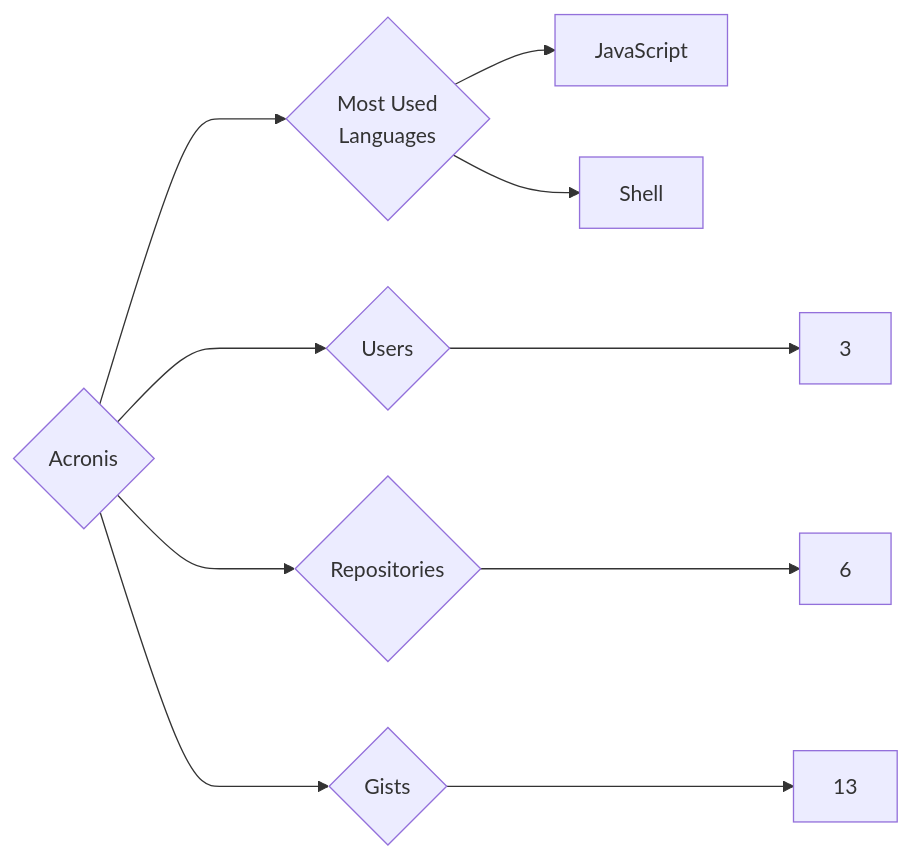
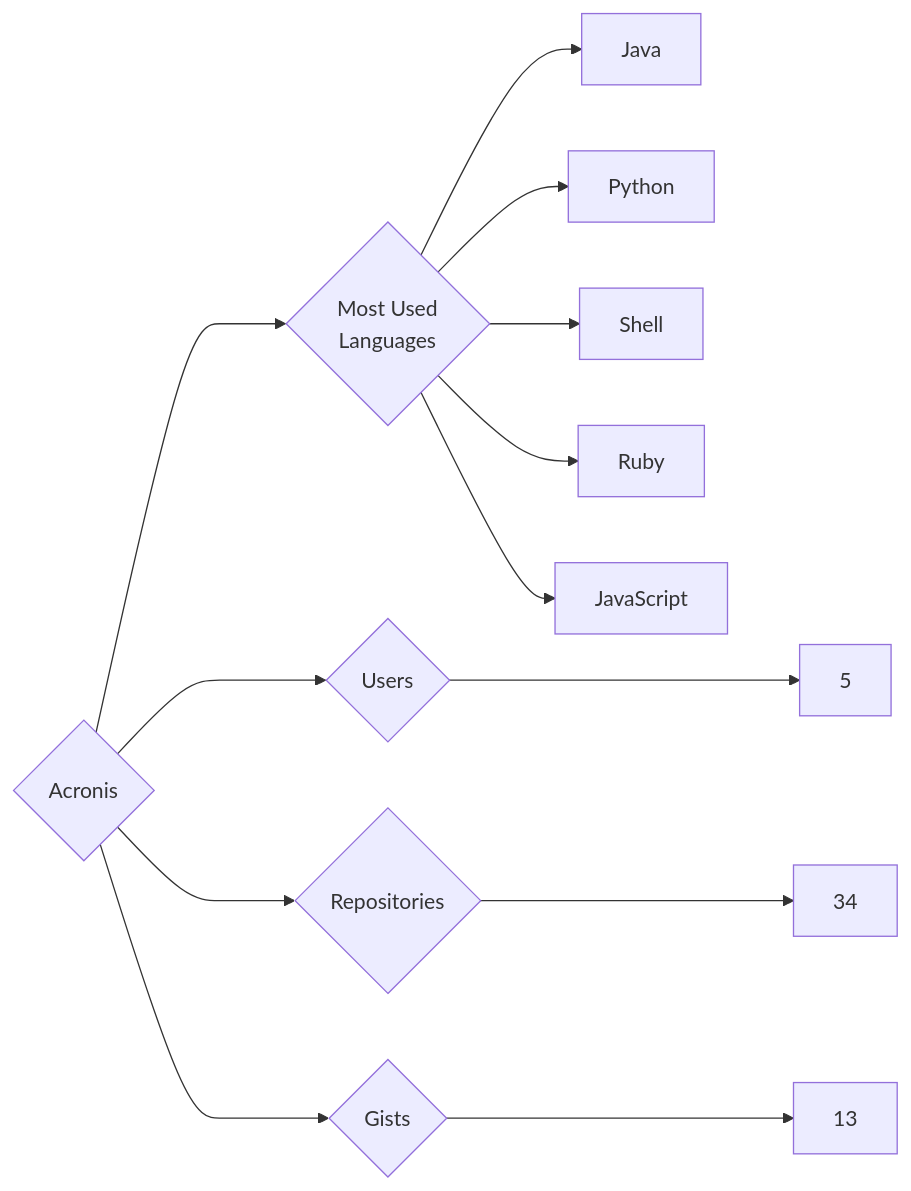
The diagram in targets/Acronis/README.md (trickest/insiders), drawn with Mermaid before and after one commit. The commit also changed 1212 other files, not shown here.

````diff
--- a/targets/Acronis/README.md
+++ b/targets/Acronis/README.md
@@ -3,10 +3,13 @@
 ```mermaid
 graph LR
 COMPANY_NAME{Acronis}
-COMPANY_NAME ---> U{Users} ---> UN[3]
-COMPANY_NAME ---> R{Repositories} ---> RN[6]
+COMPANY_NAME ---> U{Users} ---> UN[5]
+COMPANY_NAME ---> R{Repositories} ---> RN[34]
 COMPANY_NAME ---> G{Gists} ---> GN[13]
 COMPANY_NAME ---> ML{Most Used<br>Languages}
+ML --> Java[Java]
+ML --> Python[Python]
+ML --> Shell[Shell]
+ML --> Ruby[Ruby]
 ML --> JavaScript[JavaScript]
-ML --> Shell[Shell]
 ```
````
